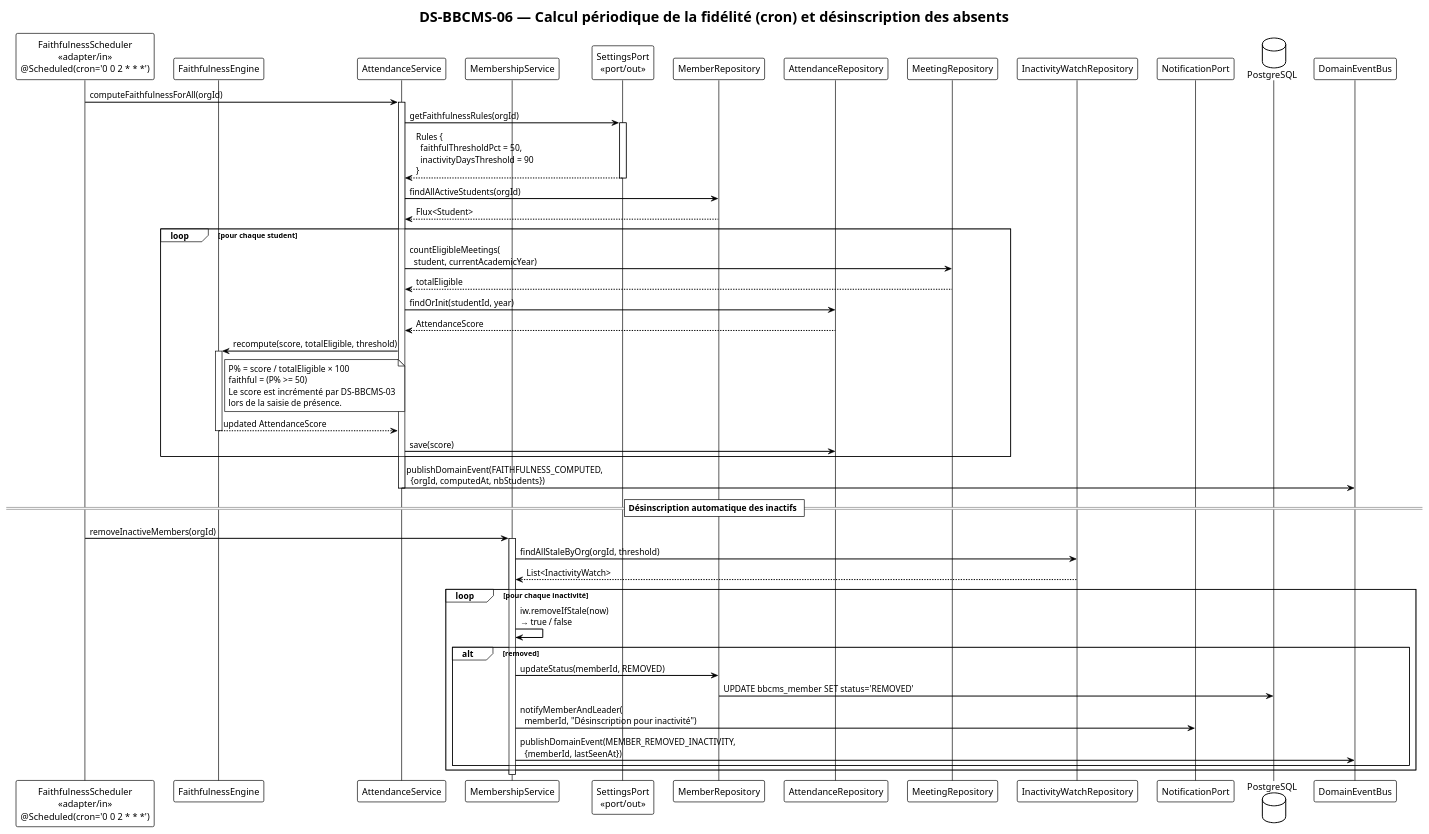
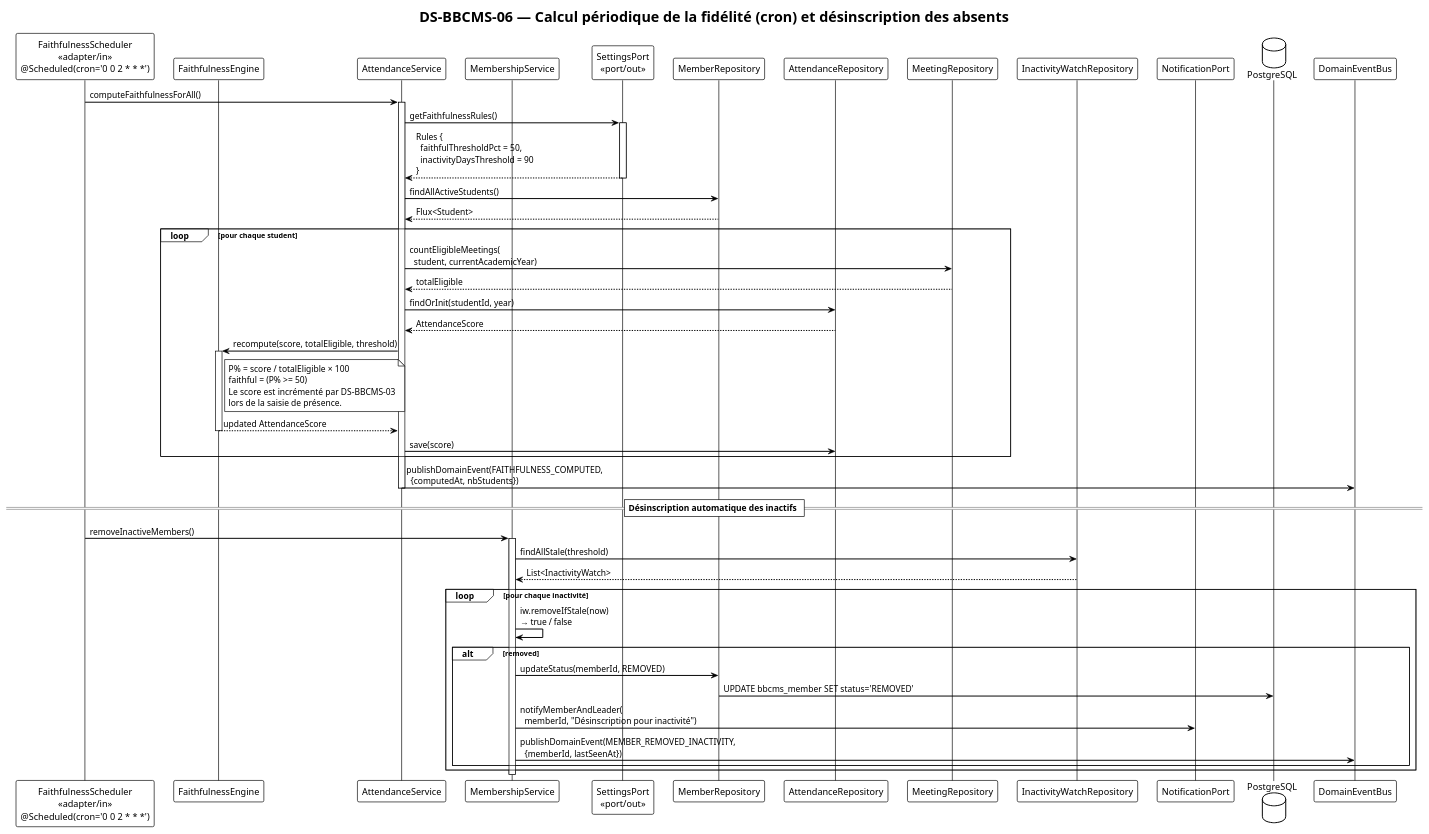
One commit to TF-Jordan/CairTech changed the diagram in bbcms/diagrams/ds-bbcms-06-faithfulness-compute.puml. Above: the diagram before and after it, drawn with PlantUML. The commit also changed 16 other files, not shown here.

```diff
--- a/bbcms/diagrams/ds-bbcms-06-faithfulness-compute.puml
+++ b/bbcms/diagrams/ds-bbcms-06-faithfulness-compute.puml
@@ -1,76 +1,76 @@
 @startuml ds-bbcms-06-faithfulness-compute
 !theme plain
 skinparam sequenceArrowThickness 1.5
 
 title DS-BBCMS-06 — Calcul périodique de la fidélité (cron) et désinscription des absents
 
 participant "FaithfulnessScheduler\n<<adapter/in>>\n@Scheduled(cron='0 0 2 * * *')" as sched
 participant "FaithfulnessEngine" as engine
 participant "AttendanceService" as svcAtt
 participant "MembershipService" as svcMem
 participant "SettingsPort\n<<port/out>>" as settings
 participant "MemberRepository" as repoMem
 participant "AttendanceRepository" as repoAtt
 participant "MeetingRepository" as repoMeet
 participant "InactivityWatchRepository" as repoIw
 participant "NotificationPort" as notifPort
 database "PostgreSQL" as db
 participant "DomainEventBus" as outbox
 
-sched -> svcAtt : computeFaithfulnessForAll(orgId)
+sched -> svcAtt : computeFaithfulnessForAll()
 activate svcAtt
 
-svcAtt -> settings : getFaithfulnessRules(orgId)
+svcAtt -> settings : getFaithfulnessRules()
 activate settings
 settings --> svcAtt : Rules {\n  faithfulThresholdPct = 50,\n  inactivityDaysThreshold = 90\n}
 deactivate settings
 
-svcAtt -> repoMem : findAllActiveStudents(orgId)
+svcAtt -> repoMem : findAllActiveStudents()
 repoMem --> svcAtt : Flux<Student>
 
 loop pour chaque student
     svcAtt -> repoMeet : countEligibleMeetings(\n  student, currentAcademicYear)
     repoMeet --> svcAtt : totalEligible
 
     svcAtt -> repoAtt : findOrInit(studentId, year)
     repoAtt --> svcAtt : AttendanceScore
 
     svcAtt -> engine : recompute(score, totalEligible, threshold)
     activate engine
     note right of engine
       P% = score / totalEligible × 100
       faithful = (P% >= 50)
       Le score est incrémenté par DS-BBCMS-03
       lors de la saisie de présence.
     end note
     engine --> svcAtt : updated AttendanceScore
     deactivate engine
 
     svcAtt -> repoAtt : save(score)
 end
 
-svcAtt -> outbox : publishDomainEvent(FAITHFULNESS_COMPUTED,\n  {orgId, computedAt, nbStudents})
+svcAtt -> outbox : publishDomainEvent(FAITHFULNESS_COMPUTED,\n  {computedAt, nbStudents})
 deactivate svcAtt
 
 == Désinscription automatique des inactifs ==
 
-sched -> svcMem : removeInactiveMembers(orgId)
+sched -> svcMem : removeInactiveMembers()
 activate svcMem
-svcMem -> repoIw : findAllStaleByOrg(orgId, threshold)
+svcMem -> repoIw : findAllStale(threshold)
 repoIw --> svcMem : List<InactivityWatch>
 
 loop pour chaque inactivité
     svcMem -> svcMem : iw.removeIfStale(now)\n→ true / false
 
     alt removed
         svcMem -> repoMem : updateStatus(memberId, REMOVED)
         repoMem -> db : UPDATE bbcms_member SET status='REMOVED'
 
         svcMem -> notifPort : notifyMemberAndLeader(\n  memberId, "Désinscription pour inactivité")
 
         svcMem -> outbox : publishDomainEvent(MEMBER_REMOVED_INACTIVITY,\n  {memberId, lastSeenAt})
     end
 end
 deactivate svcMem
 
 @enduml
```
